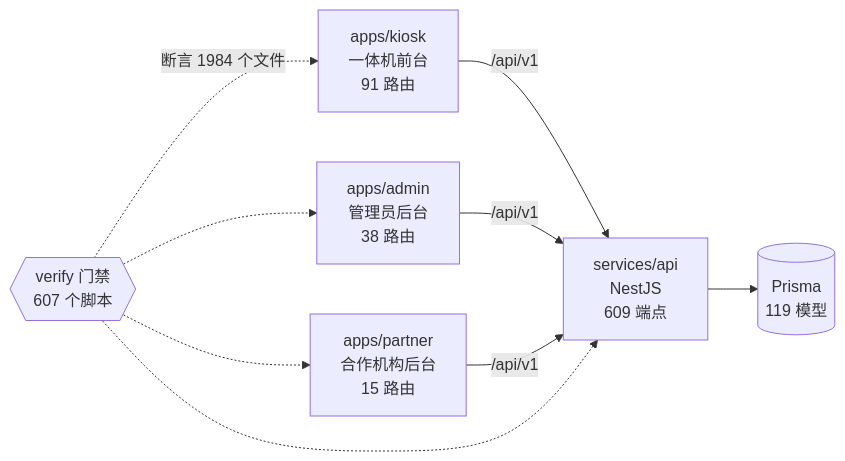
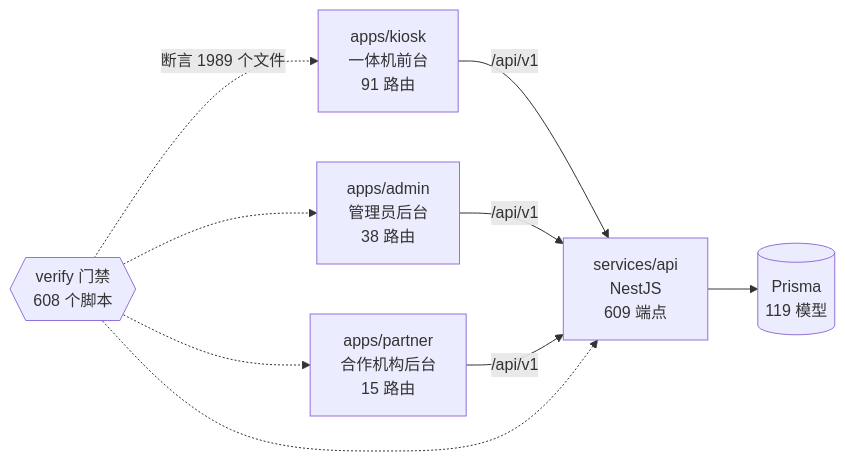
One commit to wanglei581/YITIJI changed the diagram in docs/graph/README.md. Above: the diagram before and after it, drawn with Mermaid. The commit also changed other lines of this file and 4 other files, not shown here.

First line of the commit message:
记下打印队列心跳进度并更新项目图谱

````diff
--- a/docs/graph/README.md
+++ b/docs/graph/README.md
@@ -68,18 +68,18 @@
 ```mermaid
 flowchart LR
   kiosk["apps/kiosk<br/>一体机前台<br/>91 路由"]
   admin["apps/admin<br/>管理员后台<br/>38 路由"]
   partner["apps/partner<br/>合作机构后台<br/>15 路由"]
   api["services/api<br/>NestJS<br/>609 端点"]
   db[("Prisma<br/>119 模型")]
-  gates{{"verify 门禁<br/>607 个脚本"}}
+  gates{{"verify 门禁<br/>608 个脚本"}}
 
   kiosk -->|"/api/v1"| api
   admin -->|"/api/v1"| api
   partner -->|"/api/v1"| api
   api --> db
-  gates -.->|"断言 1984 个文件"| kiosk
+  gates -.->|"断言 1989 个文件"| kiosk
   gates -.-> admin
   gates -.-> partner
   gates -.-> api
 ```
````
